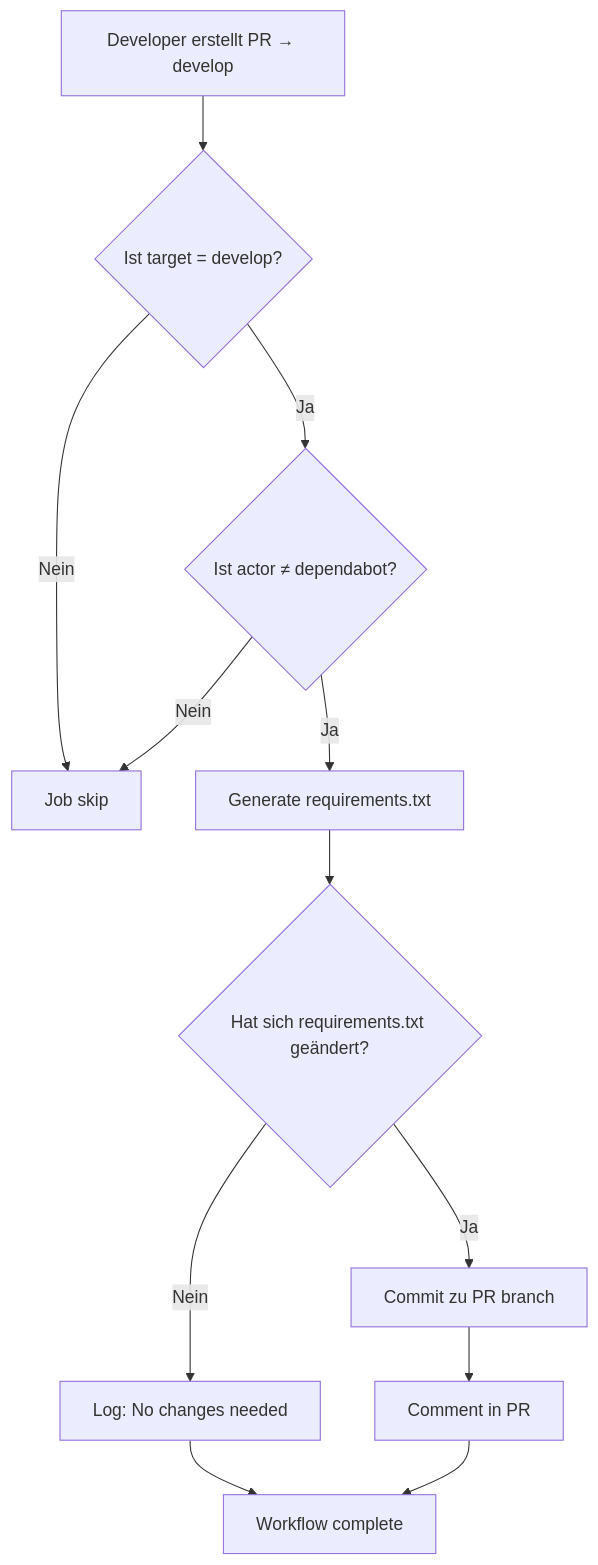
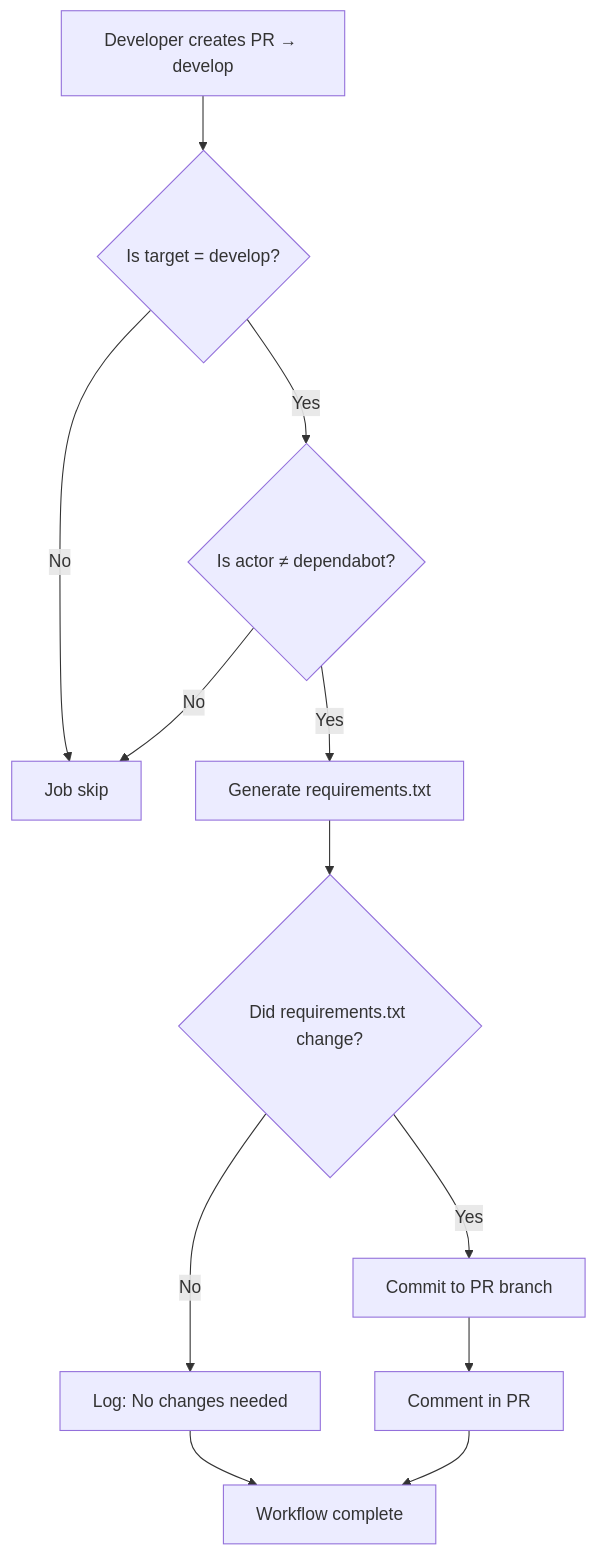
Before and after one commit to jfheinrich-eu/serverwatch: the diagram in docs/REQUIREMENTS_WORKFLOW.md, drawn with Mermaid. The commit also changed other lines of this file and 16 other files, not shown here.

````diff
--- a/docs/REQUIREMENTS_WORKFLOW.md
+++ b/docs/REQUIREMENTS_WORKFLOW.md
@@ -73,14 +73,14 @@
 ```mermaid
 graph TD
-    A[Developer erstellt PR → develop] --> B{Ist target = develop?}
-    B -->|Ja| C{Ist actor ≠ dependabot?}
-    B -->|Nein| Z[Job skip]
-    C -->|Ja| D[Generate requirements.txt]
-    C -->|Nein| Z
-    D --> E{Hat sich requirements.txt geändert?}
-    E -->|Ja| F[Commit zu PR branch]
-    E -->|Nein| G[Log: No changes needed]
+    A[Developer creates PR → develop] --> B{Is target = develop?}
+    B -->|Yes| C{Is actor ≠ dependabot?}
+    B -->|No| Z[Job skip]
+    C -->|Yes| D[Generate requirements.txt]
+    C -->|No| Z
+    D --> E{Did requirements.txt change?}
+    E -->|Yes| F[Commit to PR branch]
+    E -->|No| G[Log: No changes needed]
     F --> H[Comment in PR]
     G --> I[Workflow complete]
     H --> I
 ```
````
